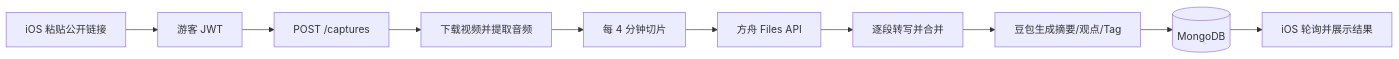
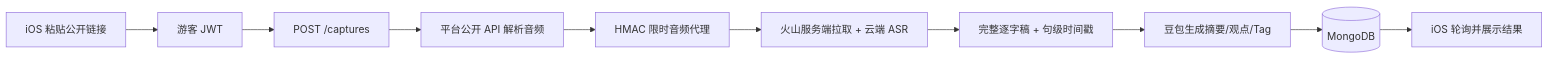
The diagram in docs/最小化上线技术方案.md (EaseLearnAI/Knowledge), drawn with Mermaid before and after one commit. The commit also changed other lines of this file and 30 other files, not shown here.

````diff
--- a/docs/最小化上线技术方案.md
+++ b/docs/最小化上线技术方案.md
@@ -25,12 +25,12 @@
 ```mermaid
 flowchart LR
     A["iOS 粘贴公开链接"] --> B["游客 JWT"]
     B --> C["POST /captures"]
-    C --> D["下载视频并提取音频"]
-    D --> E["每 4 分钟切片"]
-    E --> F["方舟 Files API"]
-    F --> G["逐段转写并合并"]
+    C --> D["平台公开 API 解析音频"]
+    D --> E["HMAC 限时音频代理"]
+    E --> F["火山服务端拉取 + 云端 ASR"]
+    F --> G["完整逐字稿 + 句级时间戳"]
     G --> H["豆包生成摘要/观点/Tag"]
     H --> I[("MongoDB")]
     I --> J["iOS 轮询并展示结果"]
 ```
````
